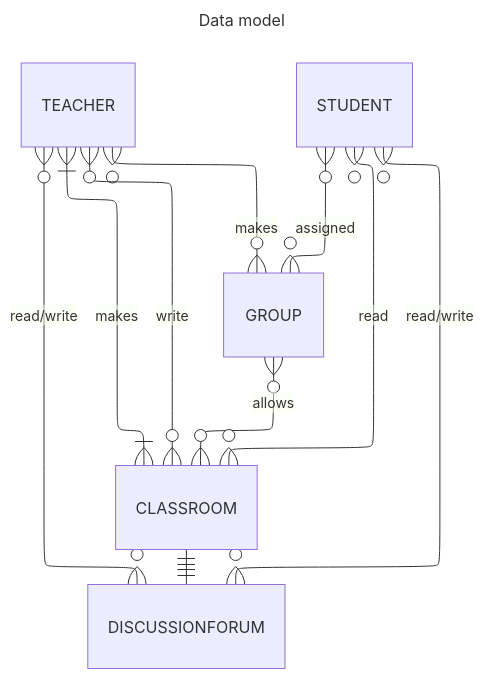
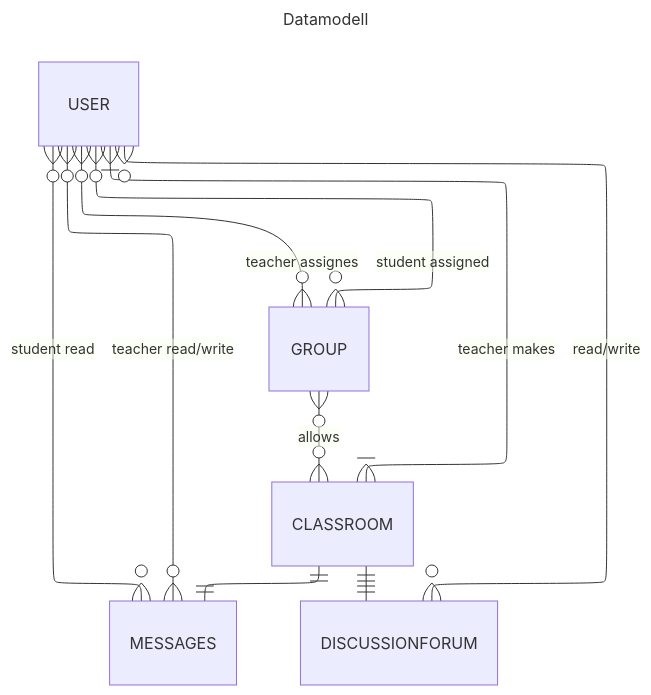
Before and after one commit to emilkor1/data1500-oving-04: the diagram in OPPGAVE.md, drawn with Mermaid. The commit also changed other lines of this file, not shown here.

Commit message:
feat: add table messages to separate between classrooms and messages

````diff
--- a/OPPGAVE.md
+++ b/OPPGAVE.md
@@ -45,28 +47,20 @@
 ```mermaid
 ---
-title: Data model
+title: Datamodell
 config:
   layout: elk
 ---
 erDiagram
-    TEACHER one or more to one or more CLASSROOM : makes
-    TEACHER zero or more to zero or more GROUP : makes
-    
-    STUDENT zero or more to zero or more GROUP : assigned
+    USER one or more to one or more CLASSROOM : "teacher makes"
     GROUP zero or more to zero or more CLASSROOM : allows
+    USER zero or more to zero or more GROUP : "student assigned"
+    USER zero or more to zero or more GROUP : "teacher assignes"
     
     
-    TEACHER zero or more to zero or more CLASSROOM : write
-    STUDENT zero or more to zero or more CLASSROOM : read
+    USER zero or more to zero or more MESSAGES : "teacher read/write"
+    USER zero or more to zero or more MESSAGES : "student read"
 
     CLASSROOM one to one DISCUSSIONFORUM : ""
-    TEACHER zero or more to zero or more DISCUSSIONFORUM : "read/write"
-    STUDENT zero or more to zero or more DISCUSSIONFORUM : "read/write"
-
-
-    STUDENT{}
-    TEACHER{}
-    CLASSROOM{}
-    GROUP{}
-    DISCUSSIONFORUM{}
+    CLASSROOM one to one MESSAGES : ""
+    USER zero or more to zero or more DISCUSSIONFORUM : "read/write"
 ```
````
